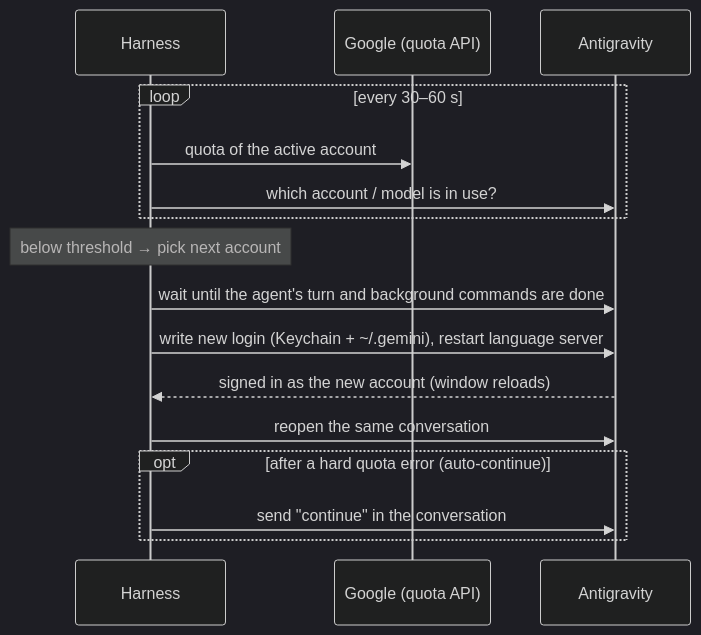
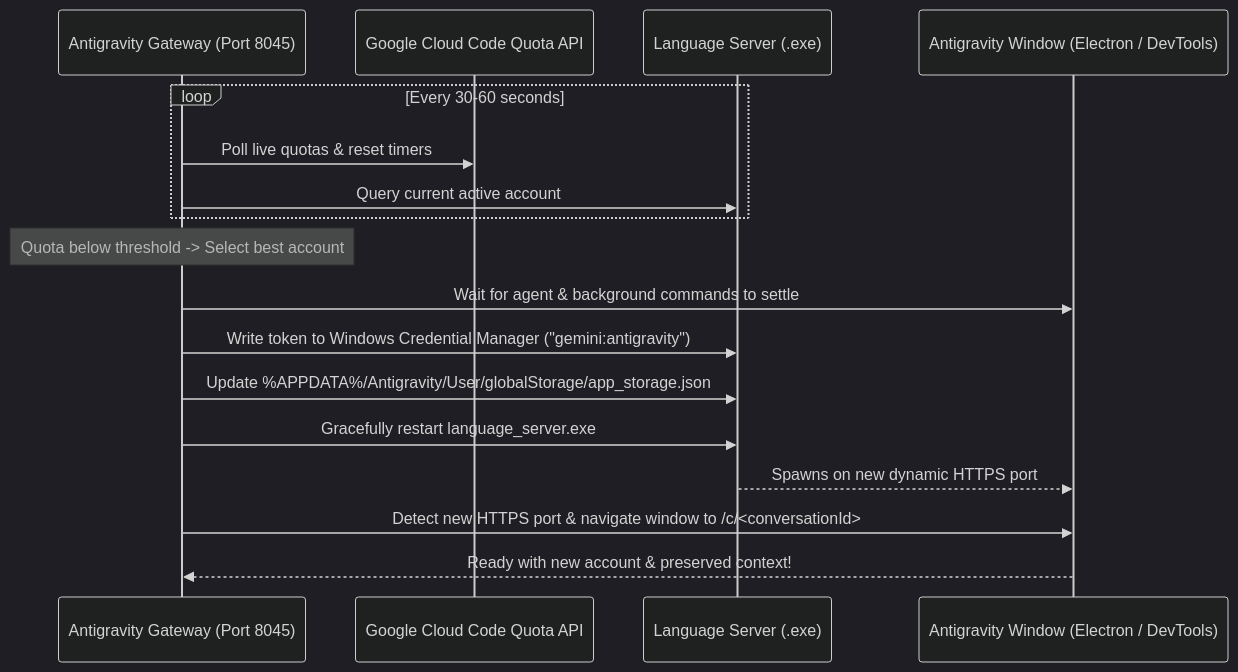
One commit to tahakhorsand/Antigravity-Gateway-for-windows changed the diagram in README.md. Above: the diagram before and after it, drawn with Mermaid (dark theme). The commit also changed other lines of this file and 18 other files, not shown here.

Commit message:
Add Windows support, auto-installer, repair tools, and quota sync & account switching fixes

````diff
--- a/README.md
+++ b/README.md
@@ -44,18 +107,22 @@
 ```mermaid
 sequenceDiagram
-    participant H as Harness
-    participant G as Google (quota API)
-    participant A as Antigravity
-    loop every 30–60 s
-        H->>G: quota of the active account
-        H->>A: which account / model is in use?
+    participant H as Antigravity Gateway (Port 8045)
+    participant G as Google Cloud Code Quota API
+    participant LS as Language Server (.exe)
+    participant IDE as Antigravity Window (Electron / DevTools)
+
+    loop Every 30-60 seconds
+        H->>G: Poll live quotas & reset timers
+        H->>LS: Query current active account
     end
-    Note over H: below threshold → pick next account
-    H->>A: wait until the agent's turn and background commands are done
-    H->>A: write new login (Keychain + ~/.gemini), restart language server
-    A-->>H: signed in as the new account (window reloads)
-    H->>A: reopen the same conversation
-    opt after a hard quota error (auto-continue)
-        H->>A: send "continue" in the conversation
-    end
+
+    Note over H: Quota below threshold -> Select best account
+
+    H->>IDE: Wait for agent & background commands to settle
+    H->>LS: Write token to Windows Credential Manager ("gemini:antigravity")
+    H->>LS: Update %APPDATA%/Antigravity/User/globalStorage/app_storage.json
+    H->>LS: Gracefully restart language_server.exe
+    LS-->>IDE: Spawns on new dynamic HTTPS port
+    H->>IDE: Detect new HTTPS port & navigate window to /c/<conversationId>
+    IDE-->>H: Ready with new account & preserved context!
 ```
````
